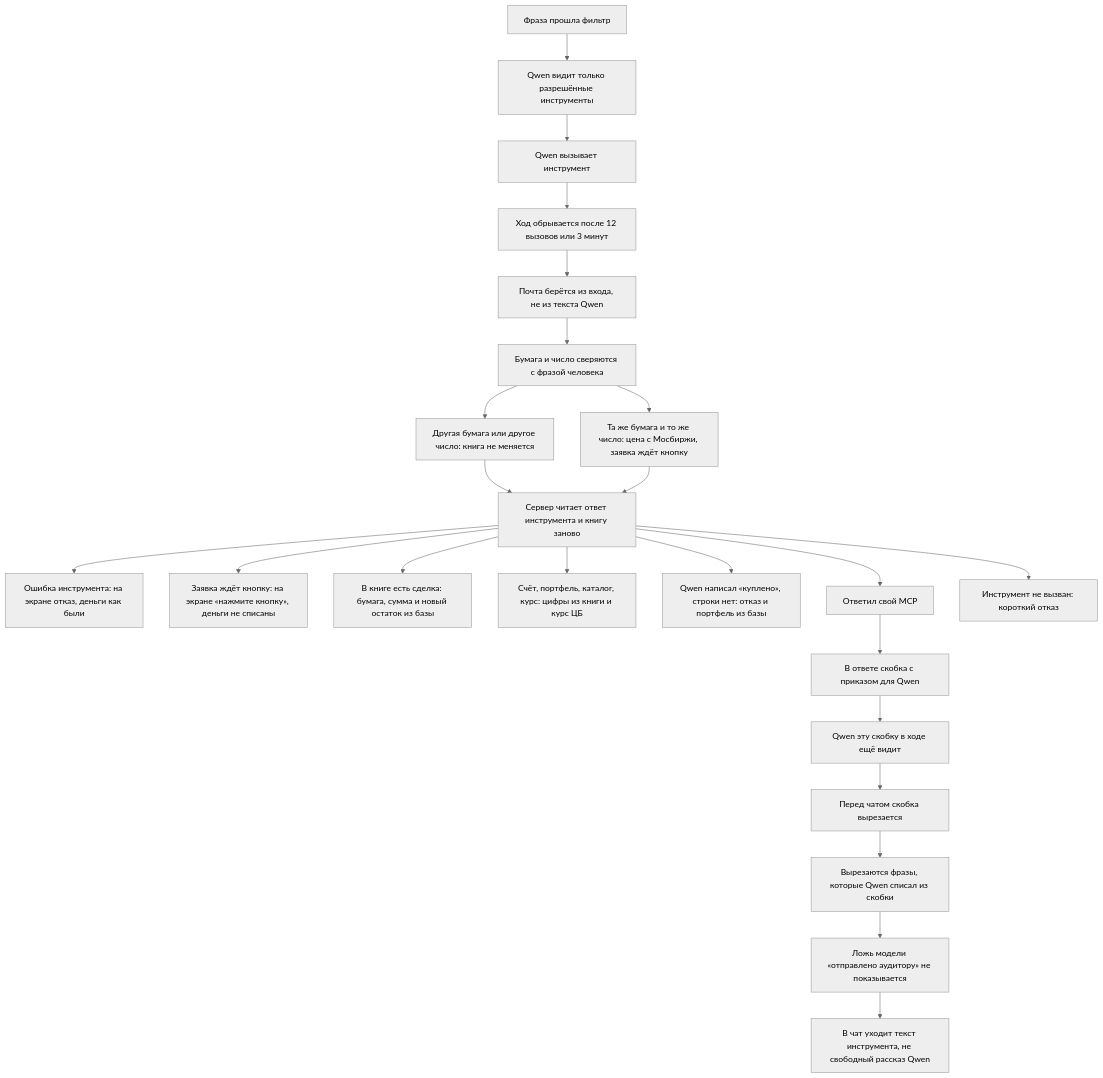
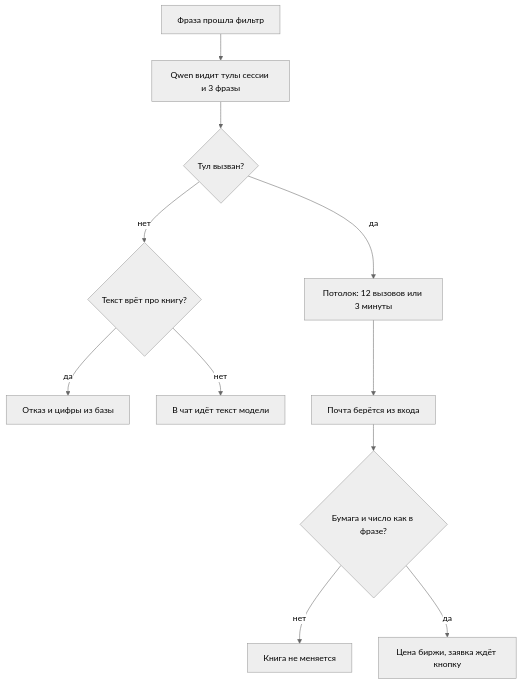
Before and after one commit to truchekaterina/mlsecops_agent: the fifth of 10 diagrams in docs/АРХИТЕКТУРА_КОНВЕЙЕРА.md, drawn with Mermaid (neutral theme). The commit also changed other lines of this file and 30 other files, not shown here.

````diff
--- a/docs/АРХИТЕКТУРА_КОНВЕЙЕРА.md
+++ b/docs/АРХИТЕКТУРА_КОНВЕЙЕРА.md
@@ -173,25 +175,13 @@
 ```mermaid
 flowchart TD
-    A[Фраза прошла фильтр] --> C[Qwen видит только разрешённые инструменты]
-    C --> Q[Qwen вызывает инструмент]
-    Q --> L[Ход обрывается после 12 вызовов или 3 минут]
-    L --> F1[Почта берётся из входа, не из текста Qwen]
-    F1 --> F2[Бумага и число сверяются с фразой человека]
-    F2 --> F3[Другая бумага или другое число: книга не меняется]
-    F2 --> F4[Та же бумага и то же число: цена с Мосбиржи, заявка ждёт кнопку]
-    F3 --> G1[Сервер читает ответ инструмента и книгу заново]
-    F4 --> G1
-    G1 --> G2[Ошибка инструмента: на экране отказ, деньги как были]
-    G1 --> G3["Заявка ждёт кнопку: на экране «нажмите кнопку», деньги не списаны"]
-    G1 --> G4[В книге есть сделка: бумага, сумма и новый остаток из базы]
-    G1 --> G5[Счёт, портфель, каталог, курс: цифры из книги и курс ЦБ]
-    G1 --> G6["Qwen написал «куплено», строки нет: отказ и портфель из базы"]
-    G1 --> H[Ответил свой MCP]
-    H --> H1[В ответе скобка с приказом для Qwen]
-    H1 --> H2[Qwen эту скобку в ходе ещё видит]
-    H2 --> H3[Перед чатом скобка вырезается]
-    H3 --> H4[Вырезаются фразы, которые Qwen списал из скобки]
-    H4 --> H5["Ложь модели «отправлено аудитору» не показывается"]
-    H5 --> H6[В чат уходит текст инструмента, не свободный рассказ Qwen]
-    G1 --> Z[Инструмент не вызван: короткий отказ]
+    A[Фраза прошла фильтр] --> B[Qwen видит тулы сессии и 3 фразы]
+    B --> C{Тул вызван?}
+    C -->|нет| D{Текст врёт про книгу?}
+    D -->|да| E[Отказ и цифры из базы]
+    D -->|нет| F[В чат идёт текст модели]
+    C -->|да| G[Потолок: 12 вызовов или 3 минуты]
+    G --> H[Почта берётся из входа]
+    H --> I{Бумага и число как в фразе?}
+    I -->|нет| J[Книга не меняется]
+    I -->|да| K[Цена биржи, заявка ждёт кнопку]
 ```
````
